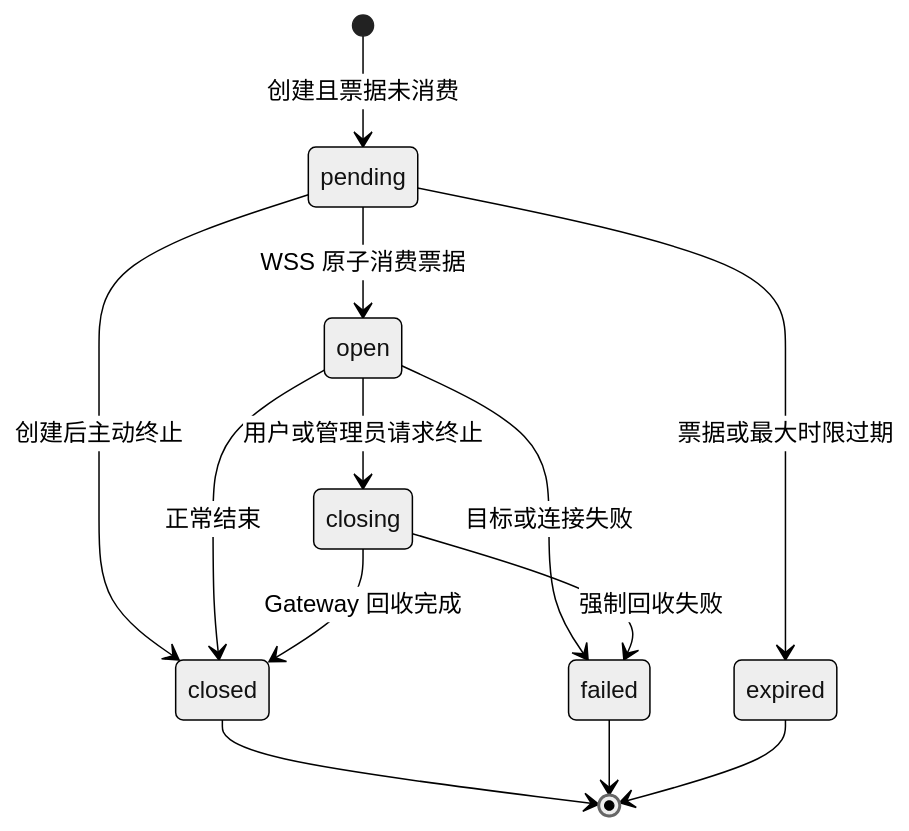
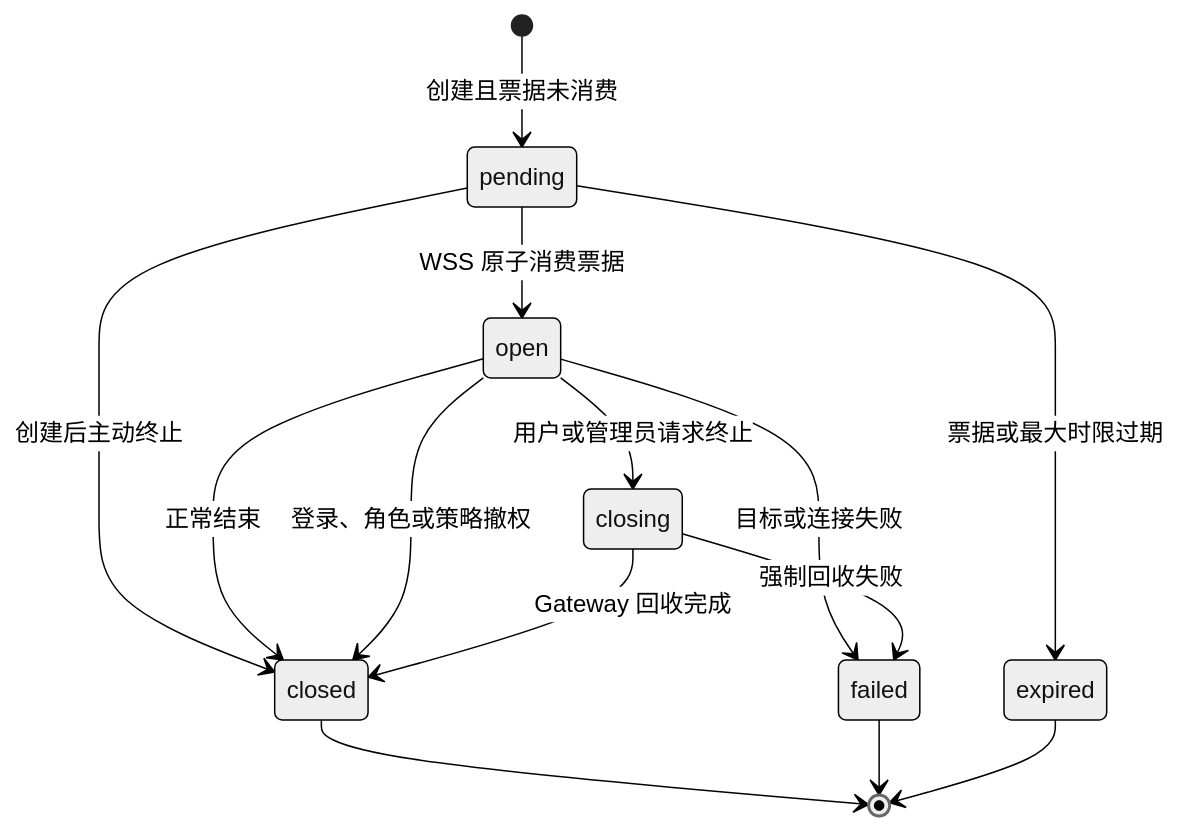
Before and after one commit to owndock/owndock: the fifth of 5 diagrams in docs/terminal-sessions.md, drawn with Mermaid (neutral theme). The commit also changed other lines of this file and 95 other files, not shown here.

````diff
--- a/docs/terminal-sessions.md
+++ b/docs/terminal-sessions.md
@@ -64,15 +154,16 @@
 ```mermaid
 stateDiagram-v2
     [*] --> pending: 创建且票据未消费
     pending --> open: WSS 原子消费票据
     pending --> closed: 创建后主动终止
     pending --> expired: 票据或最大时限过期
     open --> closing: 用户或管理员请求终止
     open --> closed: 正常结束
+    open --> closed: 登录、角色或策略撤权
     open --> failed: 目标或连接失败
     closing --> closed: Gateway 回收完成
     closing --> failed: 强制回收失败
     closed --> [*]
     failed --> [*]
     expired --> [*]
 ```
````
